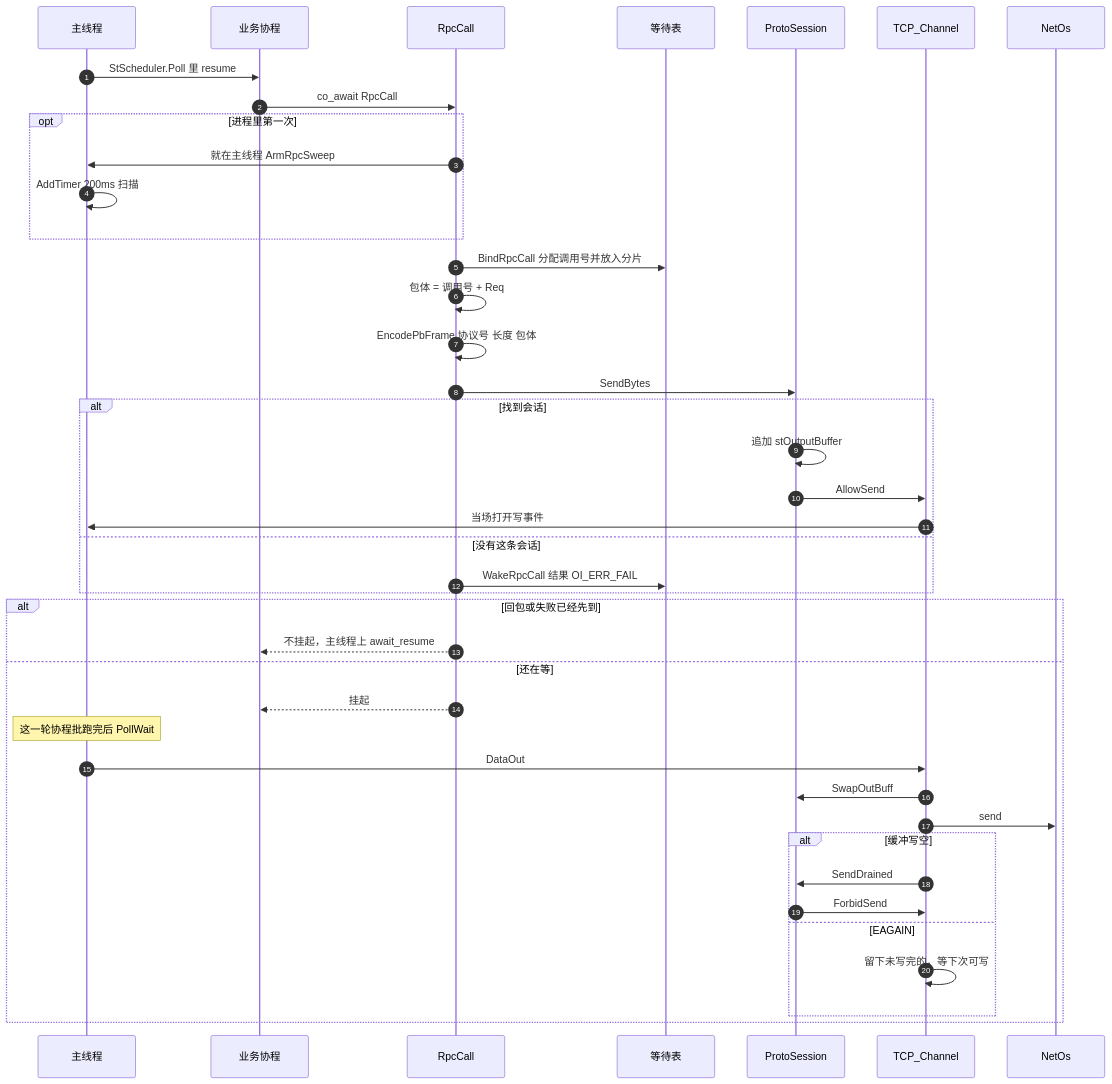
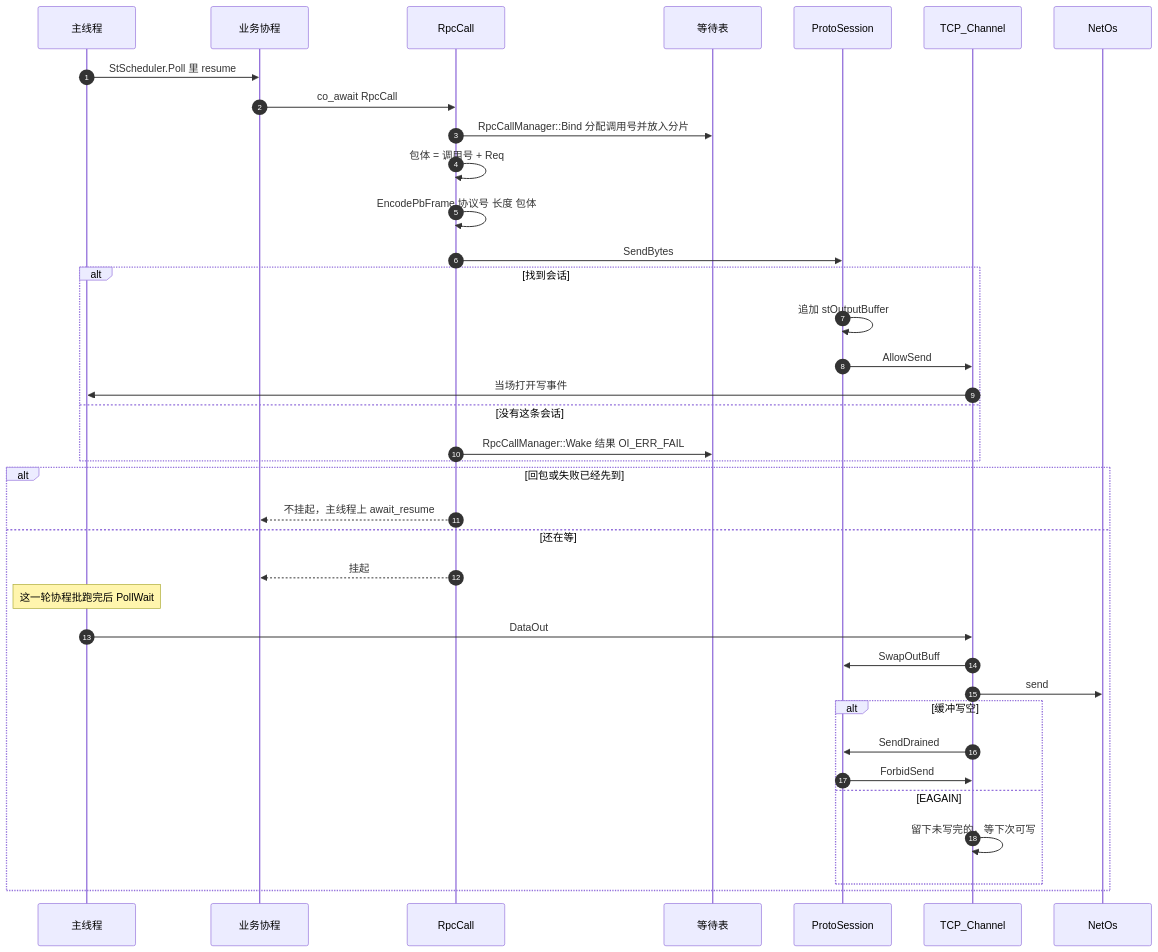
One commit to orikiaru/openidea changed the diagram in docs/sequence-diagram/single-thread/send.md. Above: the diagram before and after it, drawn with Mermaid. The commit also changed 46 other files, not shown here.

Commit message:
RPC 等待表收进 RpcCallManager 单例按 tick 扫超时，处理表并入 ProtoSessionManager，Windows 拷贝 MySQL 运行库

````diff
--- a/docs/sequence-diagram/single-thread/send.md
+++ b/docs/sequence-diagram/single-thread/send.md
@@ -9,44 +9,40 @@
 ```mermaid
 sequenceDiagram
     autonumber
     participant Main as 主线程
     participant Biz as 业务协程
     participant Call as RpcCall
     participant Wait as 等待表
     participant Sess as ProtoSession
     participant Tcp as TCP_Channel
     participant Os as NetOs
 
     Main->>Biz: StScheduler.Poll 里 resume
     Biz->>Call: co_await RpcCall
-    opt 进程里第一次
-        Call->>Main: 就在主线程 ArmRpcSweep
-        Main->>Main: AddTimer 200ms 扫描
-    end
-    Call->>Wait: BindRpcCall 分配调用号并放入分片
+    Call->>Wait: RpcCallManager::Bind 分配调用号并放入分片
     Call->>Call: 包体 = 调用号 + Req
     Call->>Call: EncodePbFrame 协议号 长度 包体
     Call->>Sess: SendBytes
     alt 找到会话
         Sess->>Sess: 追加 stOutputBuffer
         Sess->>Tcp: AllowSend
         Tcp->>Main: 当场打开写事件
     else 没有这条会话
-        Call->>Wait: WakeRpcCall 结果 OI_ERR_FAIL
+        Call->>Wait: RpcCallManager::Wake 结果 OI_ERR_FAIL
     end
     alt 回包或失败已经先到
         Call-->>Biz: 不挂起，主线程上 await_resume
     else 还在等
         Call-->>Biz: 挂起
         Note over Main: 这一轮协程批跑完后 PollWait
         Main->>Tcp: DataOut
         Tcp->>Sess: SwapOutBuff
         Tcp->>Os: send
         alt 缓冲写空
             Tcp->>Sess: SendDrained
             Sess->>Tcp: ForbidSend
         else EAGAIN
             Tcp->>Tcp: 留下未写完的，等下次可写
         end
     end
 ```
````
